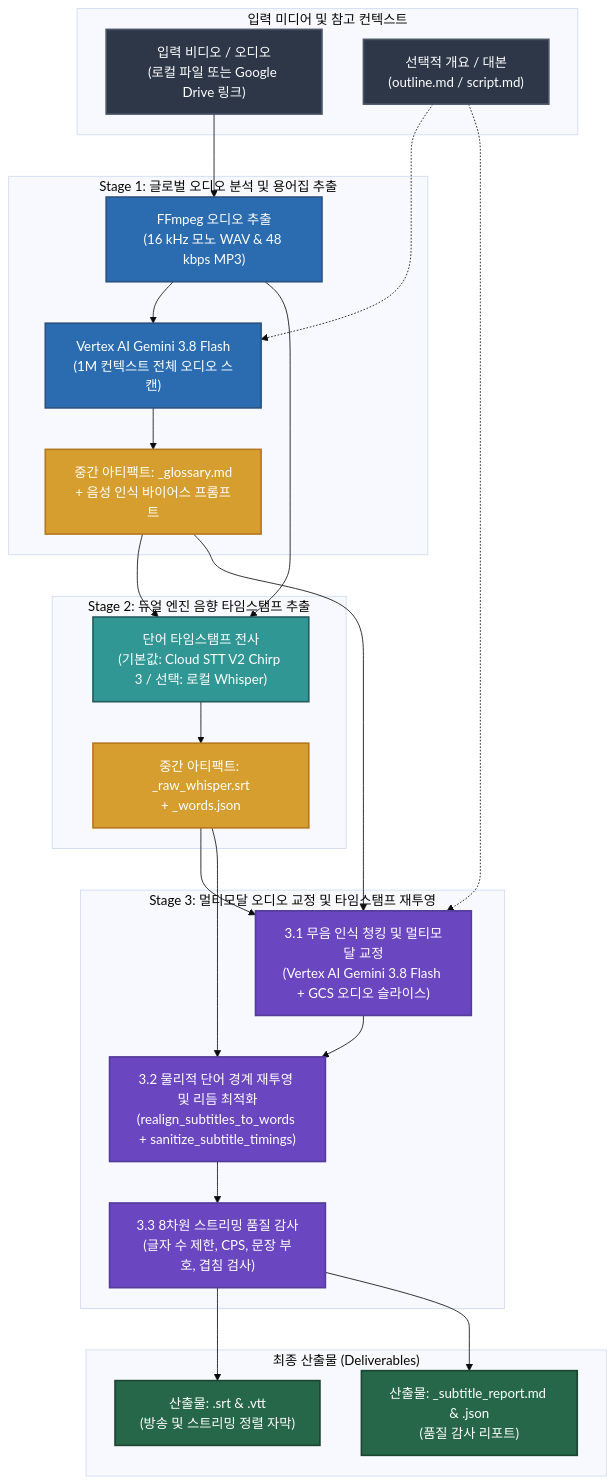
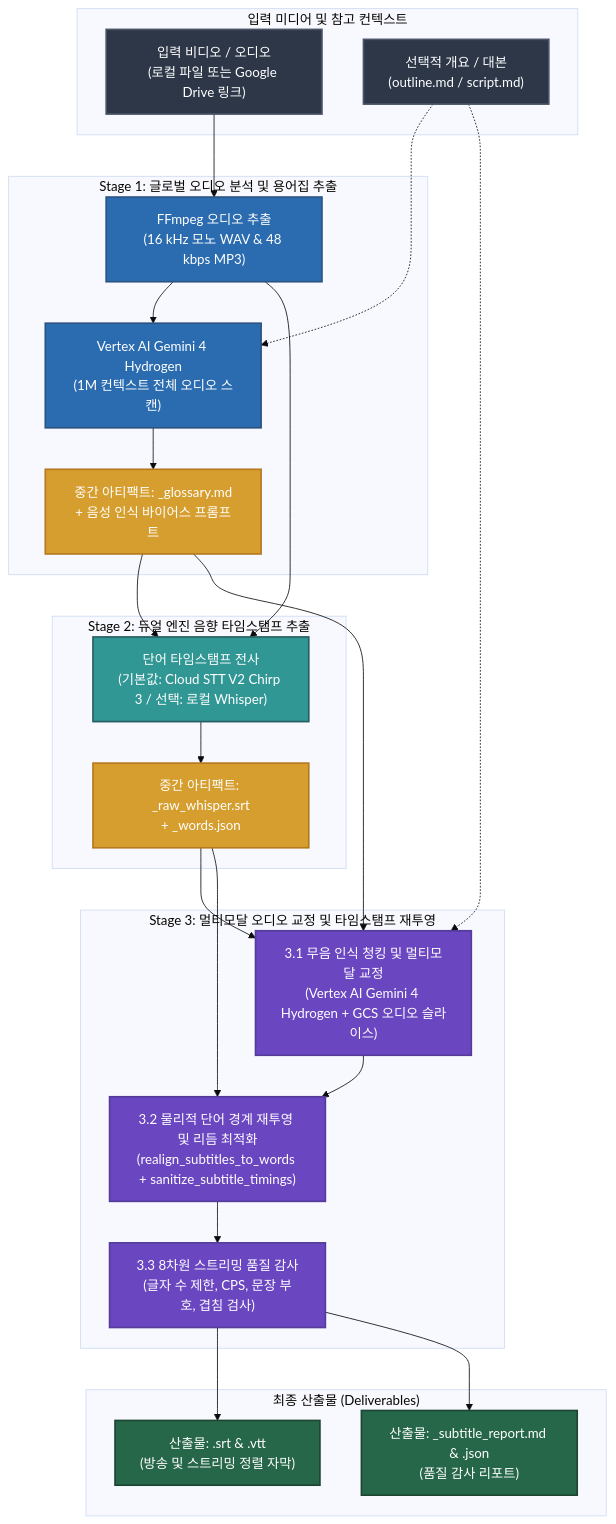
One commit to sylphlin/subtitle-craft changed the diagram in README.ko.md. Above: the diagram before and after it, drawn with Mermaid (base theme). The commit also changed other lines of this file and 13 other files, not shown here.

First line of the commit message:
feat(model): upgrade Stage 1 and Stage 3 LLM to Gemini 4 Hydrogen (gemini-4-hydrogen)

````diff
--- a/README.ko.md
+++ b/README.ko.md
@@ -45,52 +50,52 @@
 ```mermaid
 flowchart TD
     classDef inputStyle fill:#2D3748,stroke:#4A5568,stroke-width:2px,color:#fff;
     classDef stage1Style fill:#2B6CB0,stroke:#2C5282,stroke-width:2px,color:#fff;
     classDef stage2Style fill:#319795,stroke:#285E61,stroke-width:2px,color:#fff;
     classDef stage3Style fill:#6B46C1,stroke:#553C9A,stroke-width:2px,color:#fff;
     classDef artifactStyle fill:#D69E2E,stroke:#B7791F,stroke-width:2px,color:#fff;
     classDef outputStyle fill:#276749,stroke:#1C4532,stroke-width:2px,color:#fff;
 
     subgraph Inputs["입력 미디어 및 참고 컨텍스트"]
         IN["입력 비디오 / 오디오<br/>(로컬 파일 또는 Google Drive 링크)"]:::inputStyle
         REF["선택적 개요 / 대본<br/>(outline.md / script.md)"]:::inputStyle
     end
 
     subgraph Stage1["Stage 1: 글로벌 오디오 분석 및 용어집 추출"]
         S0["FFmpeg 오디오 추출<br/>(16 kHz 모노 WAV & 48 kbps MP3)"]:::stage1Style
-        S1["Vertex AI Gemini 3.8 Flash<br/>(1M 컨텍스트 전체 오디오 스캔)"]:::stage1Style
+        S1["Vertex AI Gemini 4 Hydrogen<br/>(1M 컨텍스트 전체 오디오 스캔)"]:::stage1Style
         GL["중간 아티팩트: <basename>_glossary.md<br/>+ 음성 인식 바이어스 프롬프트"]:::artifactStyle
     end
 
     subgraph Stage2["Stage 2: 듀얼 엔진 음향 타임스탬프 추출"]
         S2["단어 타임스탬프 전사<br/>(기본값: Cloud STT V2 Chirp 3 / 선택: 로컬 Whisper)"]:::stage2Style
         WD["중간 아티팩트: <basename>_raw_whisper.srt<br/>+ <basename>_words.json"]:::artifactStyle
     end
 
     subgraph Stage3["Stage 3: 멀티모달 오디오 교정 및 타임스탬프 재투영"]
-        S3_1["3.1 무음 인식 청킹 및 멀티모달 교정<br/>(Vertex AI Gemini 3.8 Flash + GCS 오디오 슬라이스)"]:::stage3Style
+        S3_1["3.1 무음 인식 청킹 및 멀티모달 교정<br/>(Vertex AI Gemini 4 Hydrogen + GCS 오디오 슬라이스)"]:::stage3Style
         S3_2["3.2 물리적 단어 경계 재투영 및 리듬 최적화<br/>(realign_subtitles_to_words + sanitize_subtitle_timings)"]:::stage3Style
         S3_3["3.3 8차원 스트리밍 품질 감사<br/>(글자 수 제한, CPS, 문장 부호, 겹침 검사)"]:::stage3Style
     end
 
     subgraph Deliverables["최종 산출물 (Deliverables)"]
         OUT_SUB["산출물: <basename>.srt & <basename>.vtt<br/>(방송 및 스트리밍 정렬 자막)"]:::outputStyle
         OUT_REP["산출물: <basename>_subtitle_report.md & .json<br/>(품질 감사 리포트)"]:::outputStyle
     end
 
     IN --> S0
     S0 --> S1
     REF -.-> S1
     S1 --> GL
     S0 --> S2
     GL --> S2
     S2 --> WD
     WD --> S3_1
     GL --> S3_1
     REF -.-> S3_1
     S3_1 --> S3_2
     WD --> S3_2
     S3_2 --> S3_3
     S3_3 --> OUT_SUB
     S3_3 --> OUT_REP
 ```
````
